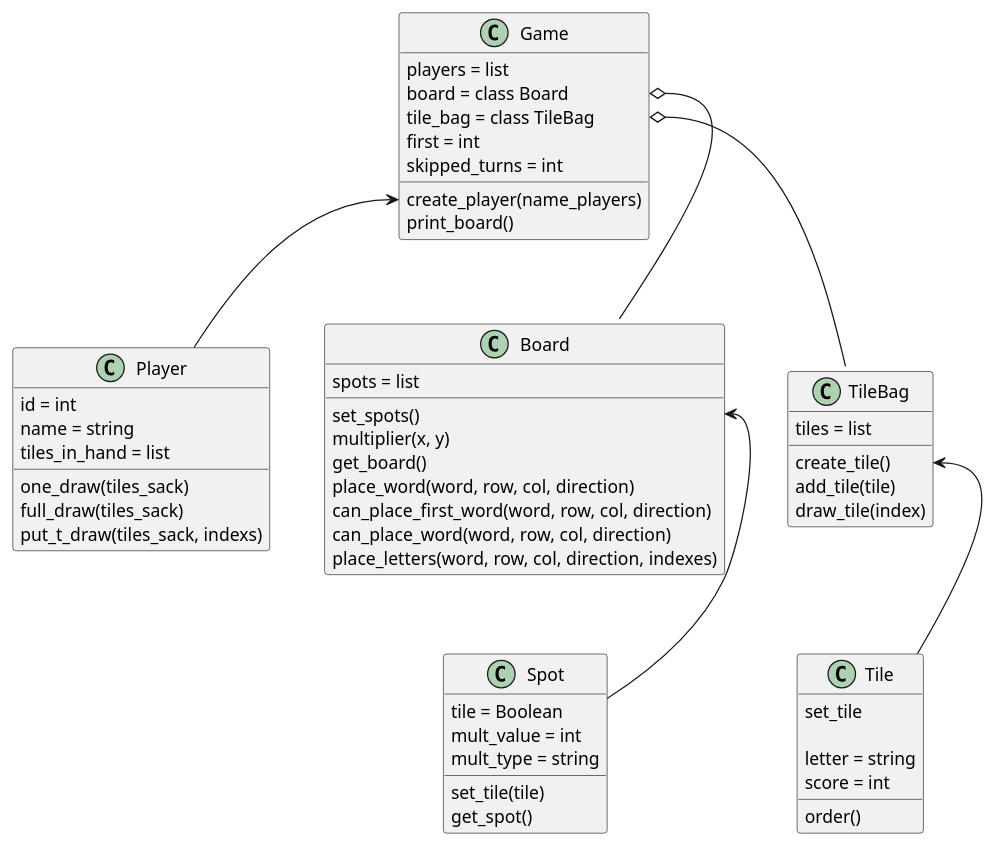
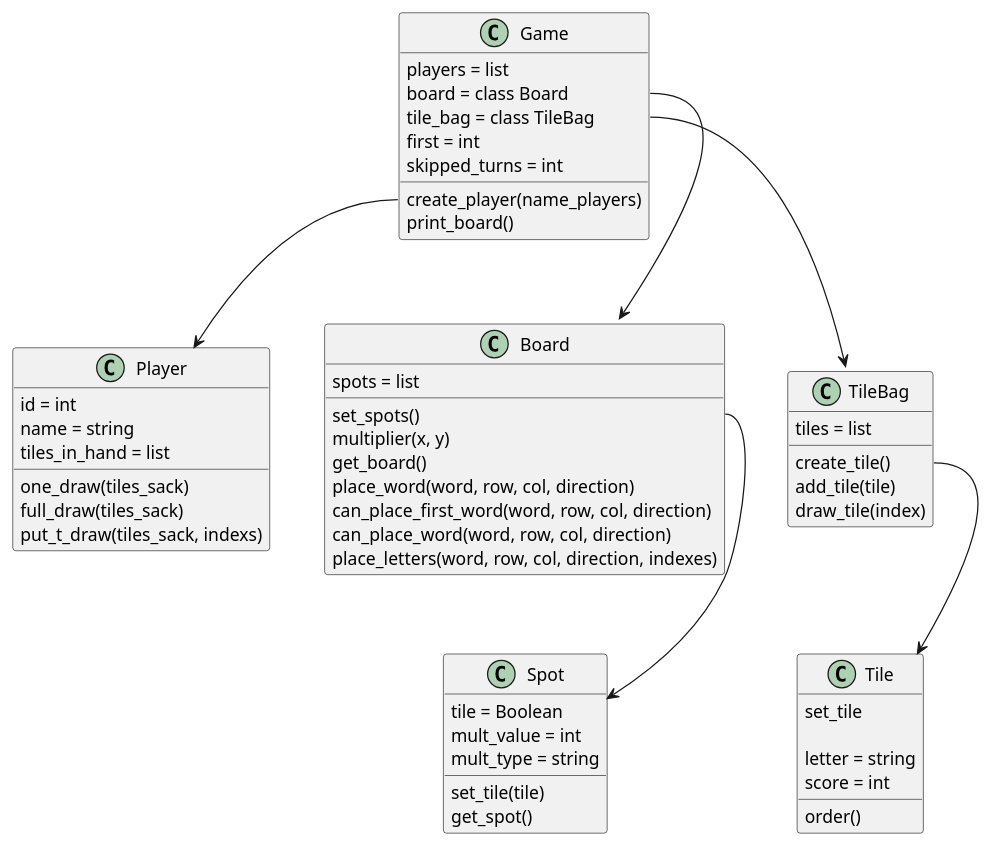
One commit to evbeda/games5 changed the diagram in scrabble/class_diagram.plantuml. Above: the diagram before and after it, drawn with PlantUML.

```diff
--- a/scrabble/class_diagram.plantuml
+++ b/scrabble/class_diagram.plantuml
@@ -1,67 +1,67 @@
 @startuml scrabble
 
 class Game{
     players = list
     board = class Board
     tile_bag = class TileBag
     first = int
     skipped_turns = int
 
     create_player(name_players)
     print_board()
 }
 
 class Player {
     id = int
     name = string
     tiles_in_hand = list
 
     one_draw(tiles_sack)
     full_draw(tiles_sack)
     put_t_draw(tiles_sack, indexs)
 }
 
 class Board {
     spots = list
 
     set_spots()
     multiplier(x, y)
     get_board()
     place_word(word, row, col, direction)
     can_place_first_word(word, row, col, direction)
     can_place_word(word, row, col, direction)
     place_letters(word, row, col, direction, indexes)
 }
 
 class TileBag{
     tiles = list
 
     create_tile()
     add_tile(tile)
     draw_tile(index)
 }
 
 class Spot {
     tile = Boolean
     mult_value = int
     mult_type = string
 
     set_tile(tile)
     get_spot()
 }
 
 class Tile {
     set_tile
 
     letter = string
     score = int
 
     order()
 }
 
-Game::create_player <-- Player
-Game::board o-- Board
-Game::tile_bag o-- TileBag
-Board::set_spots <-- Spot
-TileBag::create_tile <-- Tile
+Game::create_player --> Player
+Game::board --> Board
+Game::tile_bag --> TileBag
+Board::set_spots --> Spot
+TileBag::create_tile --> Tile
 @enduml
```
